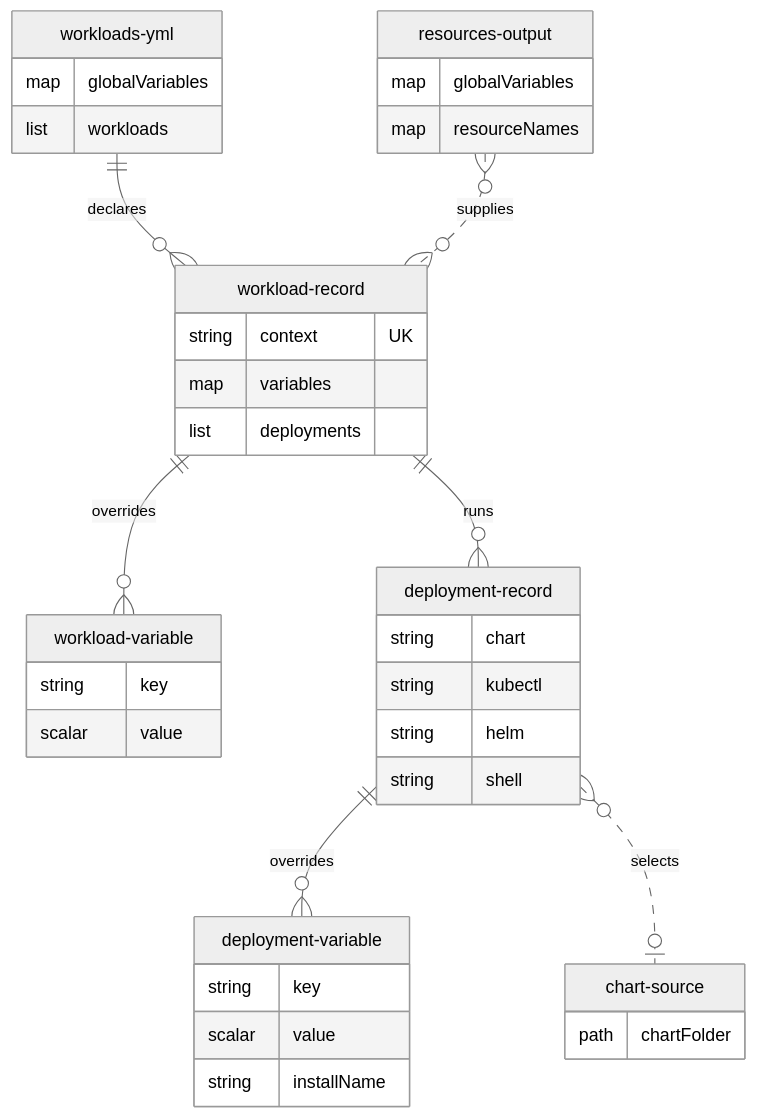
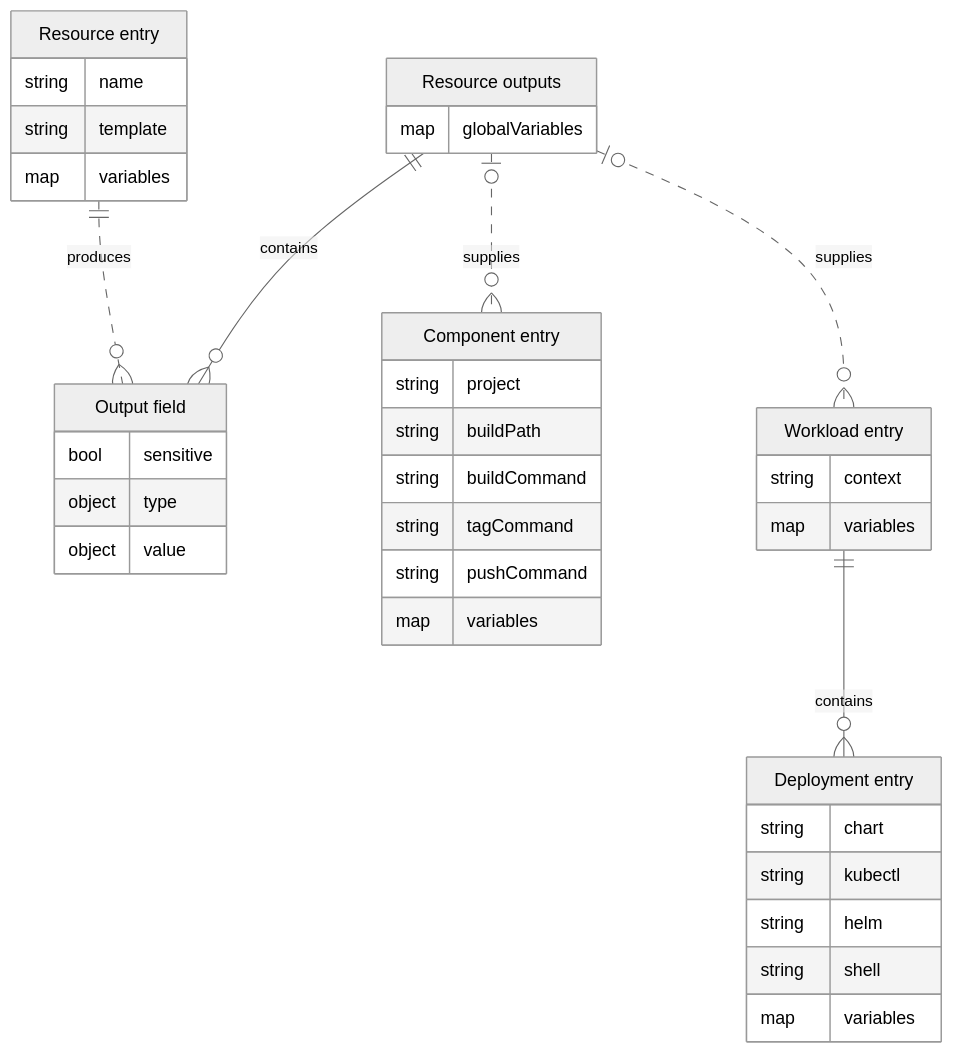
The second of 3 diagrams in docs/design/05-data-model.md (alissonsol/yuruna), drawn with Mermaid (neutral theme) before and after one commit. The commit also changed other lines of this file and 763 other files, not shown here.

````diff
--- a/docs/design/05-data-model.md
+++ b/docs/design/05-data-model.md
@@ -204,41 +65,40 @@
 ```mermaid
 erDiagram
-    workloads-yml ||--o{ workload-record : declares
-    workload-record ||--o{ workload-variable : overrides
-    workload-record ||--o{ deployment-record : runs
-    deployment-record ||--o{ deployment-variable : overrides
-    deployment-record }o..o| chart-source : selects
-    resources-output }o..o{ workload-record : supplies
-
-    workloads-yml {
+    resources["Resource entry"] {
+        string name
+        string template
+        map variables
+    }
+    resources-output-yml["Resource outputs"] {
         map globalVariables
-        list workloads
     }
-    workload-record {
-        string context UK
+    resource-output["Output field"] {
+        bool sensitive
+        object type
+        object value
+    }
+    components["Component entry"] {
+        string project
+        string buildPath
+        string buildCommand
+        string tagCommand
+        string pushCommand
         map variables
-        list deployments
     }
-    workload-variable {
-        string key
-        scalar value
+    workloads["Workload entry"] {
+        string context
+        map variables
     }
-    deployment-record {
+    deployments["Deployment entry"] {
         string chart
         string kubectl
         string helm
         string shell
+        map variables
     }
-    deployment-variable {
-        string key
-        scalar value
-        string installName
-    }
-    chart-source {
-        path chartFolder
-    }
-    resources-output {
-        map globalVariables
-        map resourceNames
-    }
+    resources ||..o{ resource-output : produces
+    resources-output-yml ||--o{ resource-output : contains
+    resources-output-yml |o..o{ components : supplies
+    resources-output-yml |o..o{ workloads : supplies
+    workloads ||--o{ deployments : contains
 ```
````
